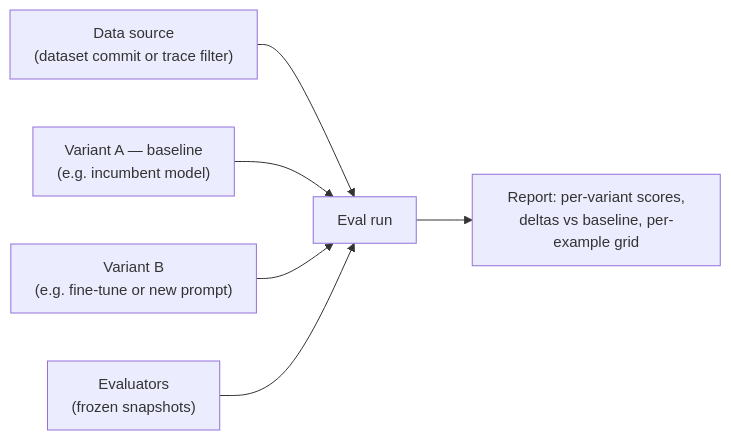
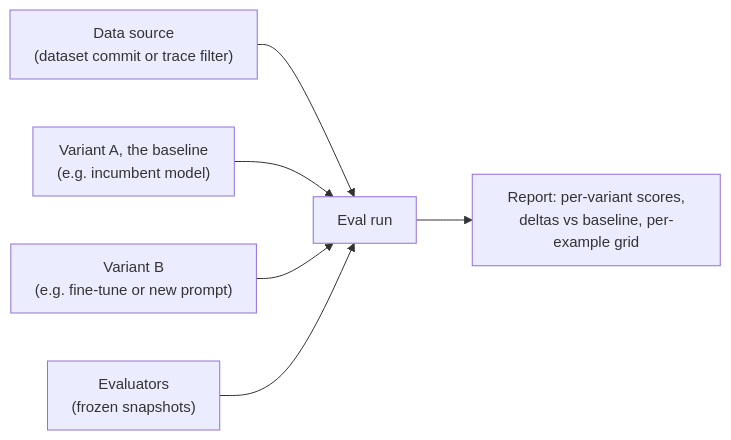
Before and after one commit to overmind-core/docs: the diagram in agent-testing/eval.mdx, drawn with Mermaid. The commit also changed other lines of this file and 12 other files, not shown here.

````diff
--- a/agent-testing/eval.mdx
+++ b/agent-testing/eval.mdx
@@ -66,9 +66,9 @@
 ```mermaid
 %%{init: {"flowchart": {"nodeSpacing": 48, "rankSpacing": 56, "padding": 12, "curve": "basis"}, "themeVariables": {"fontSize": "15px", "fontFamily": "PP Neue Montreal, system-ui, sans-serif"}}}%%
 flowchart LR
     DS["Data source<br/>(dataset commit or trace filter)"] --> R[Eval run]
-    V1["Variant A — baseline<br/>(e.g. incumbent model)"] --> R
+    V1["Variant A, the baseline<br/>(e.g. incumbent model)"] --> R
     V2["Variant B<br/>(e.g. fine-tune or new prompt)"] --> R
     E["Evaluators<br/>(frozen snapshots)"] --> R
     R --> REP["Report: per-variant scores,<br/>deltas vs baseline, per-example grid"]
 ```
````
